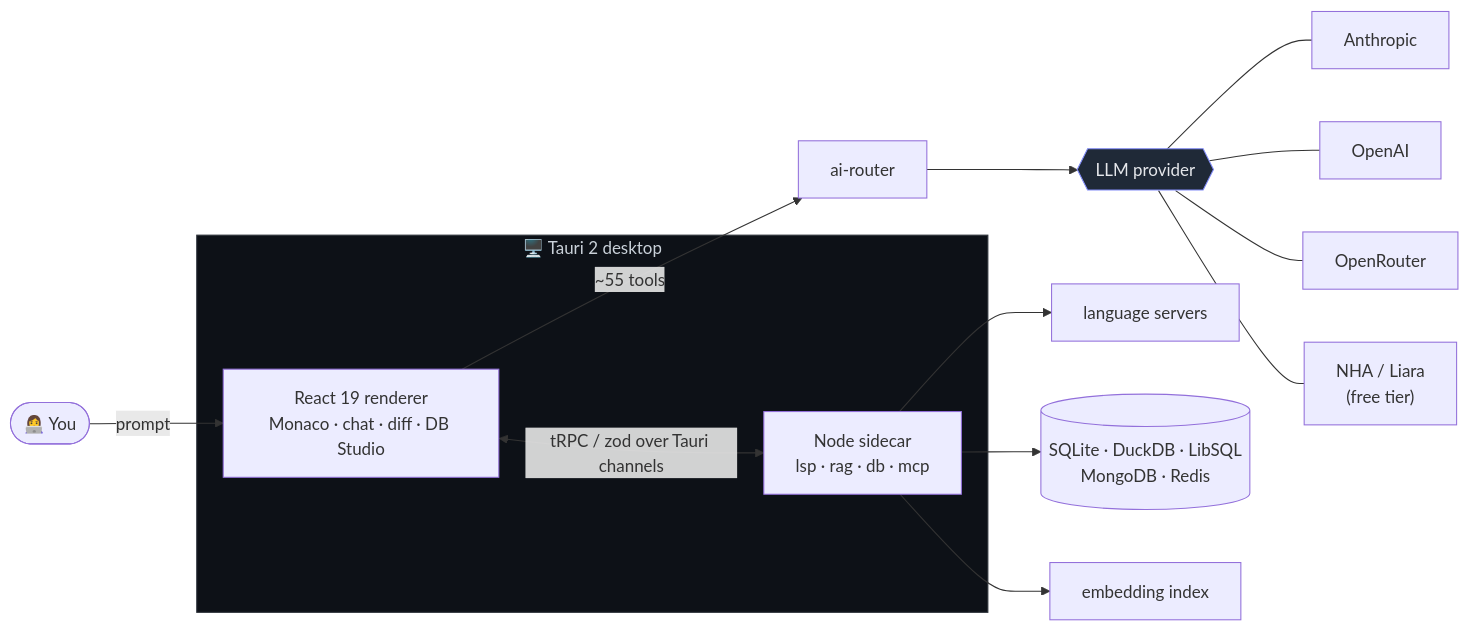
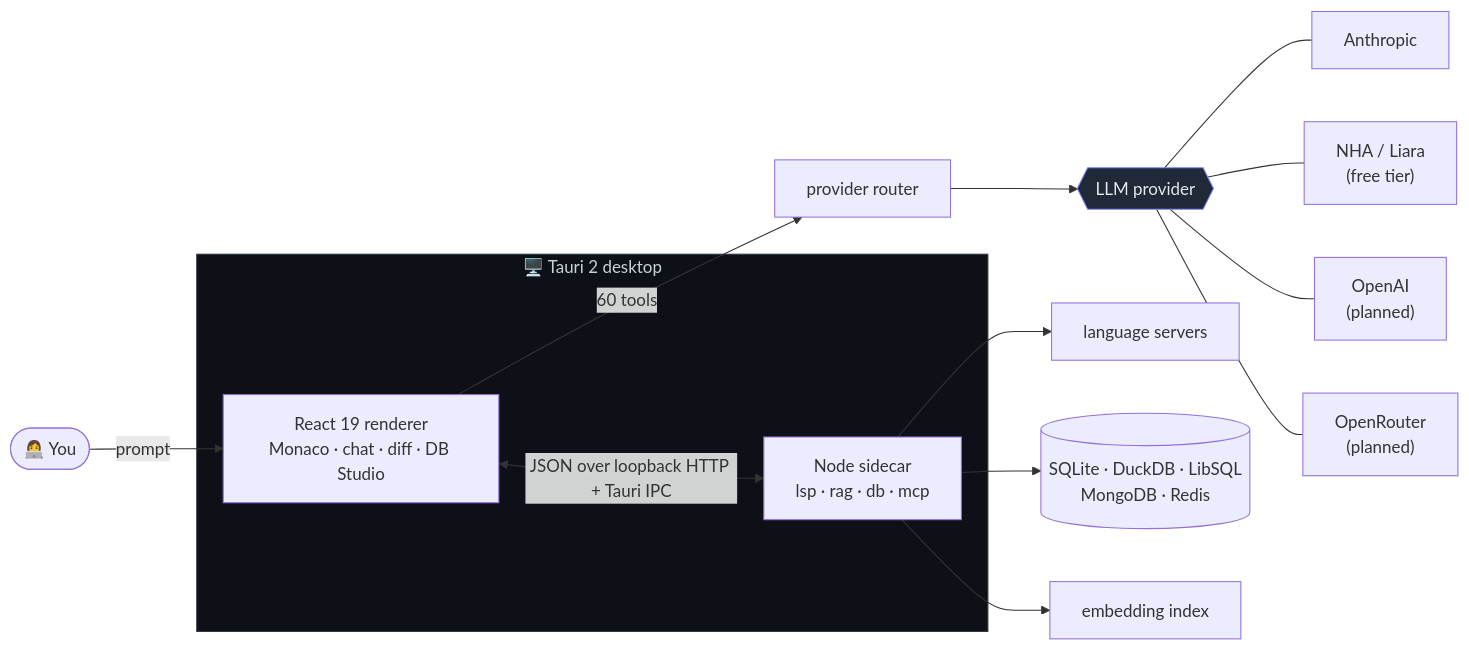
One commit to adoslabsproject-gif/webcraft changed the diagram in README.md. Above: the diagram before and after it, drawn with Mermaid. The commit also changed other lines of this file and 1 other file, not shown here.

First line of the commit message:
docs: align README + package.json with actual codebase (English kept as-is)

````diff
--- a/README.md
+++ b/README.md
@@ -62,19 +62,19 @@
 ```mermaid
 flowchart LR
     U([👩‍💻 You]) -->|prompt| R
     subgraph DESKTOP["🖥️ Tauri 2 desktop"]
       R["React 19 renderer<br/>Monaco · chat · diff · DB Studio"]
-      R <-->|tRPC / zod over Tauri channels| S["Node sidecar<br/>lsp · rag · db · mcp"]
+      R <-->|JSON over loopback HTTP + Tauri IPC| S["Node sidecar<br/>lsp · rag · db · mcp"]
     end
-    R -->|~55 tools| AR["ai-router"]
+    R -->|60 tools| AR["provider router"]
     AR --> P{{"LLM provider"}}
     P --- A["Anthropic"]
-    P --- O["OpenAI"]
-    P --- OR["OpenRouter"]
     P --- L["NHA / Liara<br/>(free tier)"]
+    P --- O["OpenAI<br/>(planned)"]
+    P --- OR["OpenRouter<br/>(planned)"]
     S --> LSP["language servers"]
     S --> DB[("SQLite · DuckDB · LibSQL<br/>MongoDB · Redis")]
     S --> RAG["embedding index"]
     style DESKTOP fill:#0d1117,stroke:#30363d,color:#c9d1d9
     style P fill:#1f2937,stroke:#818cf8,color:#e5e7eb
 ```
````
